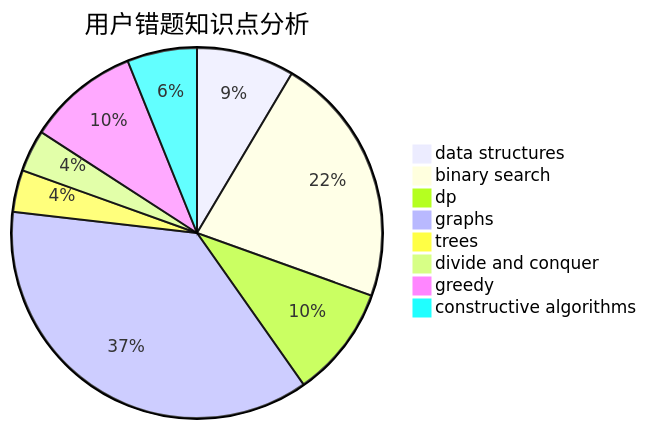
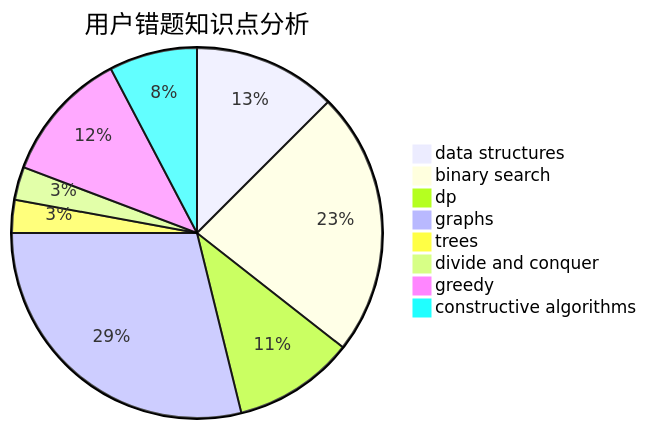
Before and after one commit to sherpahu/cfrs.github.io: the third of 3 diagrams in docs/user/u1783.md, drawn with Mermaid. The commit also changed other lines of this file and 2770 other files, not shown here.

````diff
--- a/docs/user/u1783.md
+++ b/docs/user/u1783.md
@@ -36,11 +36,11 @@
 ```mermaid
 pie title 用户错题知识点分析
-    "data structures" :  7
-    "binary search" :  18
-    "dp" :  8
+    "data structures" :  13
+    "binary search" :  24
+    "dp" :  11
     "graphs" :  30
     "trees" :  3
     "divide and conquer" :  3
-    "greedy" :  8
-    "constructive algorithms" :  5
+    "greedy" :  12
+    "constructive algorithms" :  8
 ```
````
